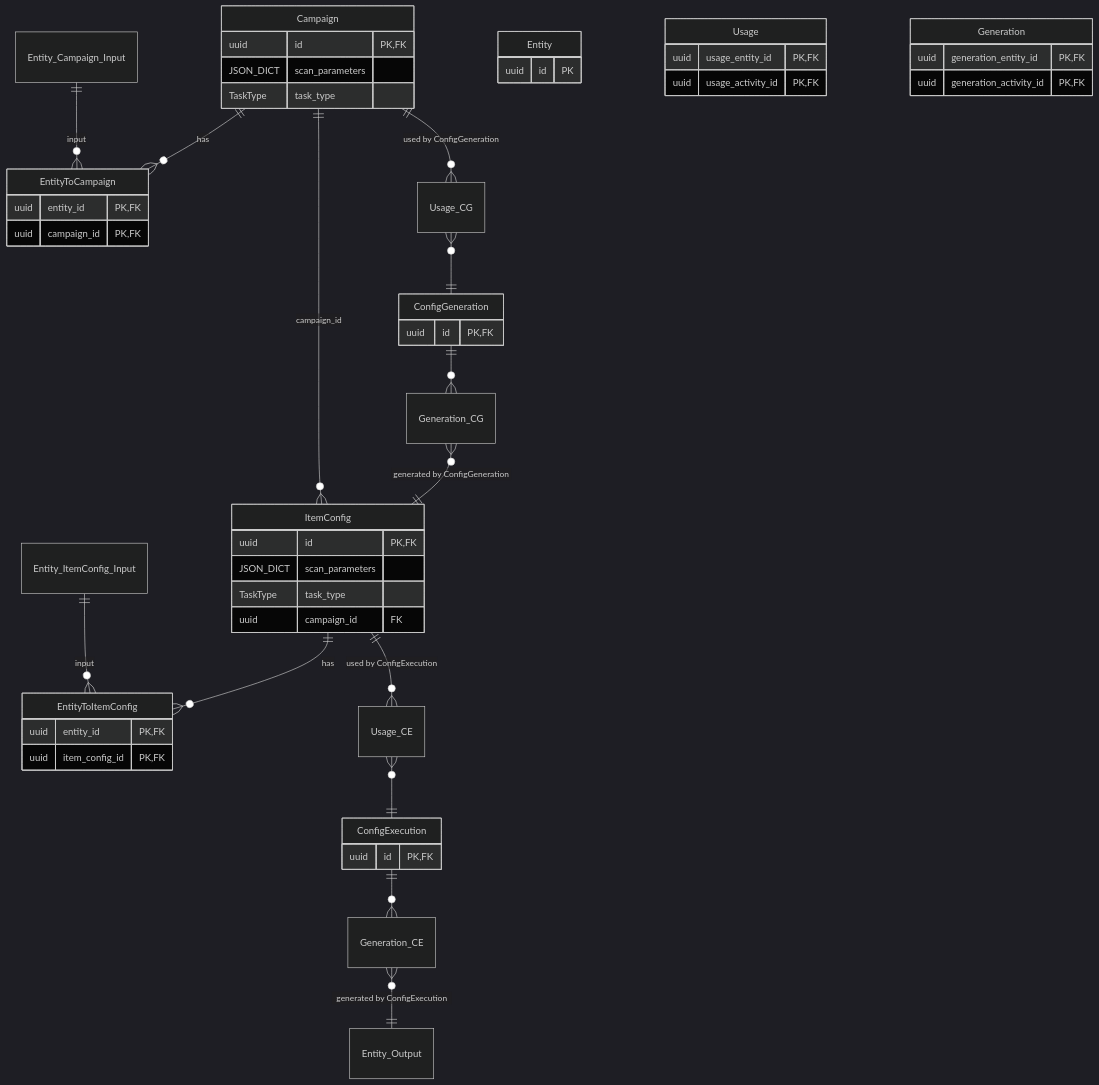
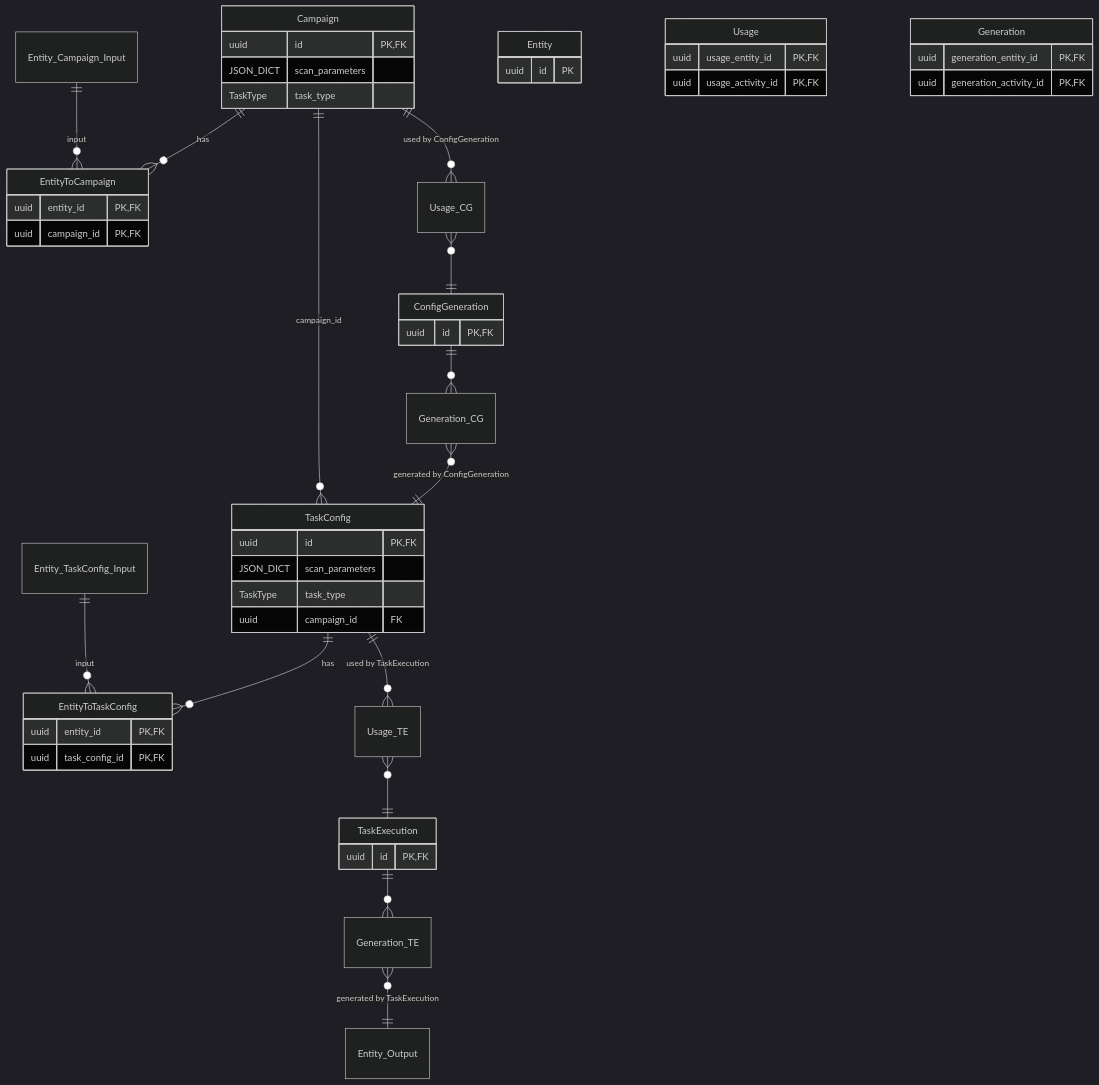
The second of 2 diagrams in docs/campaign-models-diagram.md (openbraininstitute/entitycore), drawn with Mermaid (dark theme) before and after one commit. The commit also changed other lines of this file and 5 other files, not shown here.

Commit message:
Rename ItemConfig to TaskConfig, ConfigExecution to TaskExecution

````diff
--- a/docs/campaign-models-diagram.md
+++ b/docs/campaign-models-diagram.md
@@ -45,64 +45,64 @@
 ```mermaid
 erDiagram
     Entity_Campaign_Input ||--o{ EntityToCampaign : "input"
     Campaign ||--o{ EntityToCampaign : "has"
-    Campaign ||--o{ ItemConfig : "campaign_id"
+    Campaign ||--o{ TaskConfig : "campaign_id"
 
-    Entity_ItemConfig_Input ||--o{ EntityToItemConfig : "input"
-    ItemConfig ||--o{ EntityToItemConfig : "has"
+    Entity_TaskConfig_Input ||--o{ EntityToTaskConfig : "input"
+    TaskConfig ||--o{ EntityToTaskConfig : "has"
 
     Campaign ||--o{ Usage_CG : "used by ConfigGeneration"
     Usage_CG }o--|| ConfigGeneration : ""
     ConfigGeneration ||--o{ Generation_CG : ""
-    Generation_CG }o--|| ItemConfig : "generated by ConfigGeneration"
+    Generation_CG }o--|| TaskConfig : "generated by ConfigGeneration"
 
-    ItemConfig ||--o{ Usage_CE : "used by ConfigExecution"
-    Usage_CE }o--|| ConfigExecution : ""
-    ConfigExecution ||--o{ Generation_CE : ""
-    Generation_CE }o--|| Entity_Output : "generated by ConfigExecution"
+    TaskConfig ||--o{ Usage_TE : "used by TaskExecution"
+    Usage_TE }o--|| TaskExecution : ""
+    TaskExecution ||--o{ Generation_TE : ""
+    Generation_TE }o--|| Entity_Output : "generated by TaskExecution"
 
     Entity {
         uuid id PK
     }
 
     EntityToCampaign {
         uuid entity_id PK,FK
         uuid campaign_id PK,FK
     }
 
-    EntityToItemConfig {
+    EntityToTaskConfig {
         uuid entity_id PK,FK
-        uuid item_config_id PK,FK
+        uuid task_config_id PK,FK
     }
 
     Campaign {
         uuid id PK,FK
         JSON_DICT scan_parameters
         TaskType task_type
     }
 
     Usage {
         uuid usage_entity_id PK,FK
         uuid usage_activity_id PK,FK
     }
 
     Generation {
         uuid generation_entity_id PK,FK
         uuid generation_activity_id PK,FK
     }
 
-    ItemConfig {
+    TaskConfig {
         uuid id PK,FK
         JSON_DICT scan_parameters
         TaskType task_type
         uuid campaign_id FK
     }
 
     ConfigGeneration {
         uuid id PK,FK
     }
 
-    ConfigExecution {
+    TaskExecution {
         uuid id PK,FK
     }
 ```
````
